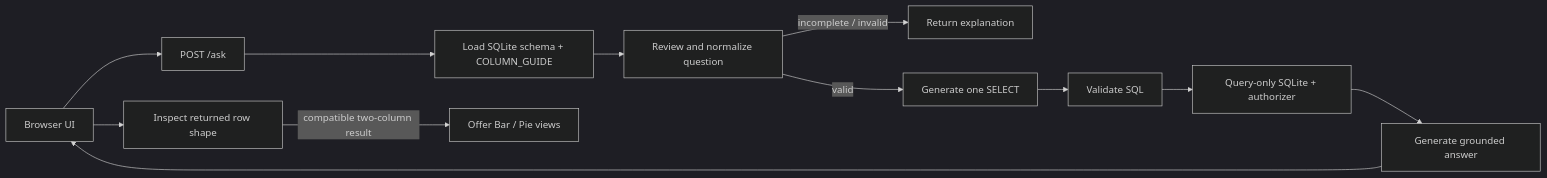
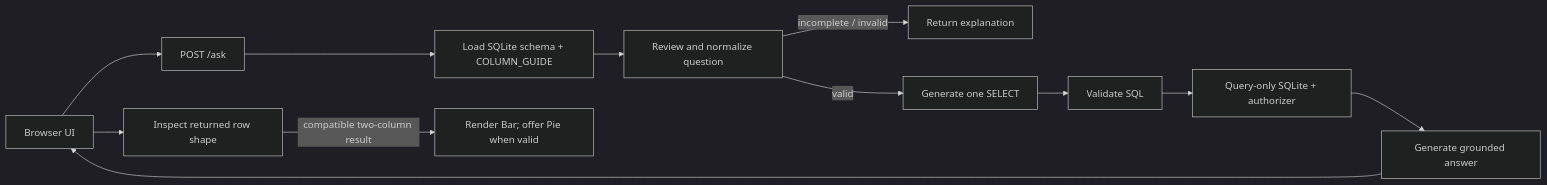
The diagram in docs/architecture.md (alirezarashidipp/agentic-sql-to-db-project), drawn with Mermaid (dark theme) before and after one commit. The commit also changed other lines of this file and 26 other files, not shown here.

````diff
--- a/docs/architecture.md
+++ b/docs/architecture.md
@@ -23,14 +23,14 @@
 ```mermaid
 flowchart LR
     UI["Browser UI"] --> API["POST /ask"]
     API --> Schema["Load SQLite schema + COLUMN_GUIDE"]
     Schema --> Review["Review and normalize question"]
     Review -->|"incomplete / invalid"| Reply["Return explanation"]
     Review -->|"valid"| SQL["Generate one SELECT"]
     SQL --> Guard["Validate SQL"]
     Guard --> DB["Query-only SQLite + authorizer"]
     DB --> Answer["Generate grounded answer"]
     Answer --> UI
     UI --> Shape["Inspect returned row shape"]
-    Shape -->|"compatible two-column result"| Chart["Offer Bar / Pie views"]
+    Shape -->|"compatible two-column result"| Chart["Render Bar; offer Pie when valid"]
 ```
````
